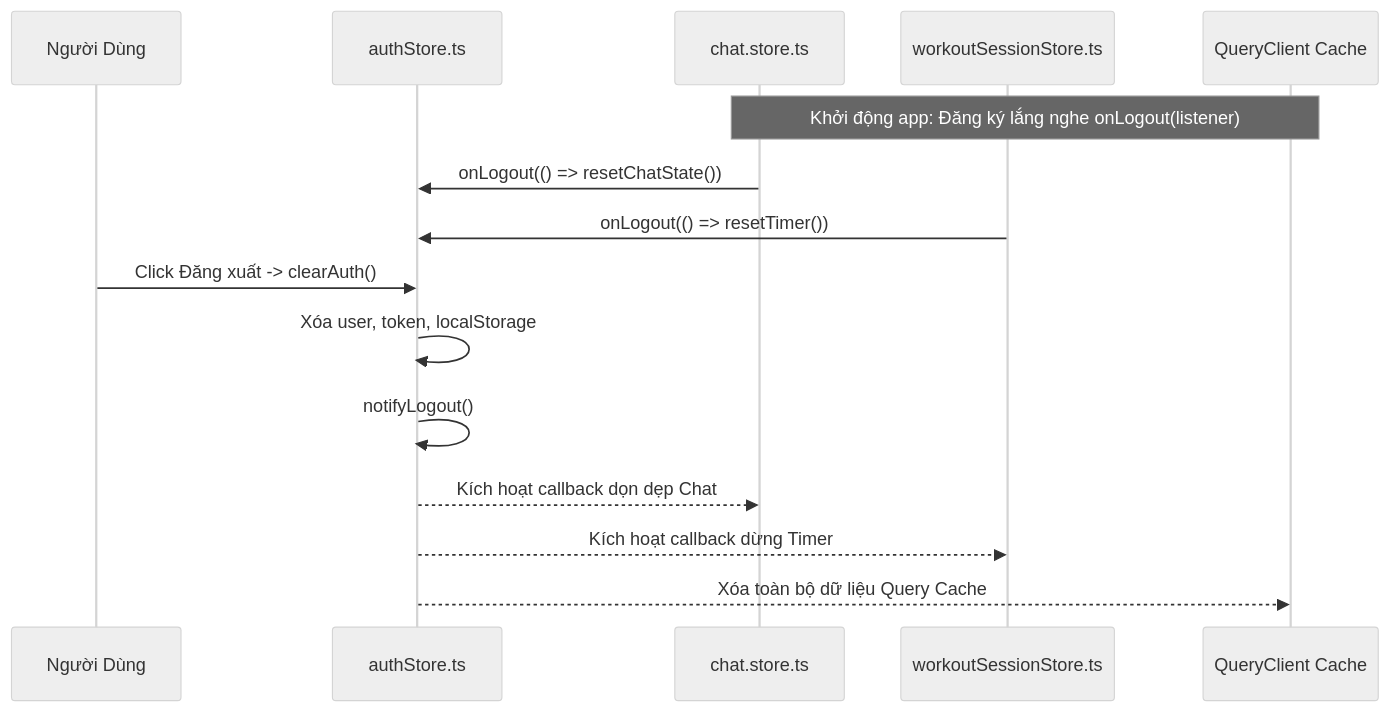
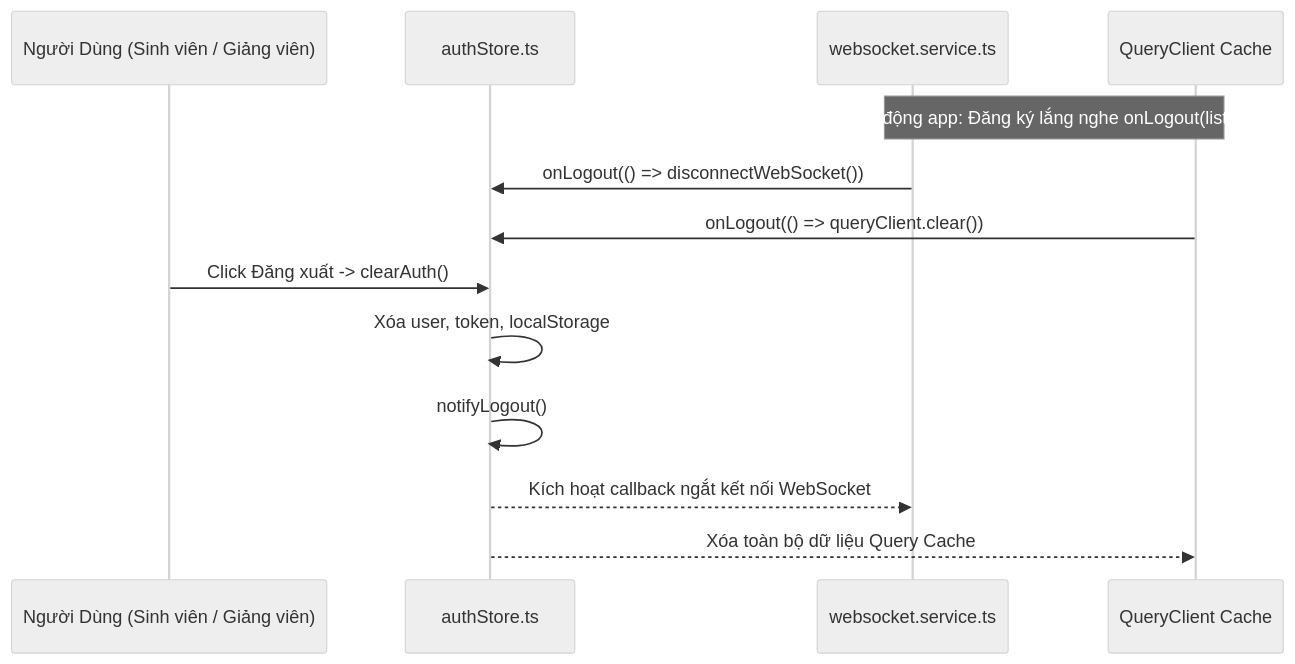
One commit to lethanhan01/Social-network-for-student-Generated-Question-Bank changed the second of 3 diagrams in src/stores/README.md. Above: the diagram before and after it, drawn with Mermaid (neutral theme). The commit also changed other lines of this file and 6 other files, not shown here.

````diff
--- a/src/stores/README.md
+++ b/src/stores/README.md
@@ -119,19 +124,17 @@
 ```mermaid
 sequenceDiagram
-    participant User as Người Dùng
+    participant User as Người Dùng (Sinh viên / Giảng viên)
     participant Auth as authStore.ts
-    participant Chat as chat.store.ts
-    participant Workout as workoutSessionStore.ts
+    participant WS as websocket.service.ts
     participant QC as QueryClient Cache
 
-    Note over Chat, QC: Khởi động app: Đăng ký lắng nghe onLogout(listener)
-    Chat->>Auth: onLogout(() => resetChatState())
-    Workout->>Auth: onLogout(() => resetTimer())
+    Note over WS, QC: Khởi động app: Đăng ký lắng nghe onLogout(listener)
+    WS->>Auth: onLogout(() => disconnectWebSocket())
+    QC->>Auth: onLogout(() => queryClient.clear())
 
     User->>Auth: Click Đăng xuất -> clearAuth()
     Auth->>Auth: Xóa user, token, localStorage
     Auth->>Auth: notifyLogout()
-    Auth-->>Chat: Kích hoạt callback dọn dẹp Chat
-    Auth-->>Workout: Kích hoạt callback dừng Timer
+    Auth-->>WS: Kích hoạt callback ngắt kết nối WebSocket
     Auth-->>QC: Xóa toàn bộ dữ liệu Query Cache
 ```
````
